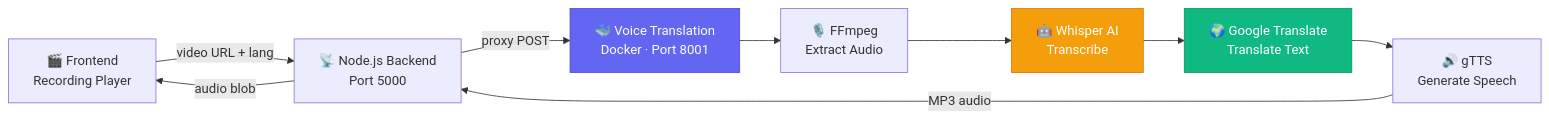
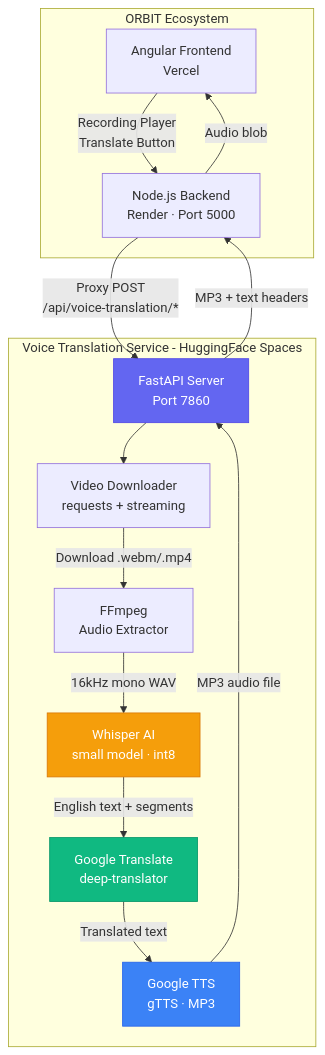
The diagram in README.md (Srikarsanka/orbittranslate), drawn with Mermaid before and after one commit. The commit also changed other lines of this file and 1 other file, not shown here.

Commit message:
Update docs and Dockerfile for Hugging Face Spaces

````diff
--- a/README.md
+++ b/README.md
@@ -45,15 +58,33 @@
 ```mermaid
-graph LR
-    A[🎬 Frontend<br/>Recording Player] -->|video URL + lang| B[📡 Node.js Backend<br/>Port 5000]
-    B -->|proxy POST| C[🐳 Voice Translation<br/>Docker · Port 8001]
-    C --> D[🎙️ FFmpeg<br/>Extract Audio]
-    D --> E[🤖 Whisper AI<br/>Transcribe]
-    E --> F[🌍 Google Translate<br/>Translate Text]
-    F --> G[🔊 gTTS<br/>Generate Speech]
-    G -->|MP3 audio| B
-    B -->|audio blob| A
+graph TD
+    subgraph ORBIT Ecosystem
+        FE["Angular Frontend<br/>Vercel"]
+        BE["Node.js Backend<br/>Render · Port 5000"]
+    end
 
-    style C fill:#6366f1,color:#fff,stroke:#4f46e5
-    style E fill:#f59e0b,color:#fff,stroke:#d97706
-    style F fill:#10b981,color:#fff,stroke:#059669
+    subgraph Voice Translation Service - HuggingFace Spaces
+        FastAPI["FastAPI Server<br/>Port 7860"]
+        DL["Video Downloader<br/>requests + streaming"]
+        FFmpeg["FFmpeg<br/>Audio Extractor"]
+        Whisper["Whisper AI<br/>small model · int8"]
+        Trans["Google Translate<br/>deep-translator"]
+        TTS["Google TTS<br/>gTTS · MP3"]
+    end
+
+    FE -->|"Recording Player<br/>Translate Button"| BE
+    BE -->|"Proxy POST<br/>/api/voice-translation/*"| FastAPI
+
+    FastAPI --> DL
+    DL -->|"Download .webm/.mp4"| FFmpeg
+    FFmpeg -->|"16kHz mono WAV"| Whisper
+    Whisper -->|"English text + segments"| Trans
+    Trans -->|"Translated text"| TTS
+    TTS -->|"MP3 audio file"| FastAPI
+    FastAPI -->|"MP3 + text headers"| BE
+    BE -->|"Audio blob"| FE
+
+    style FastAPI fill:#6366f1,color:#fff,stroke:#4f46e5
+    style Whisper fill:#f59e0b,color:#fff,stroke:#d97706
+    style Trans fill:#10b981,color:#fff,stroke:#059669
+    style TTS fill:#3b82f6,color:#fff,stroke:#2563eb
 ```
````
